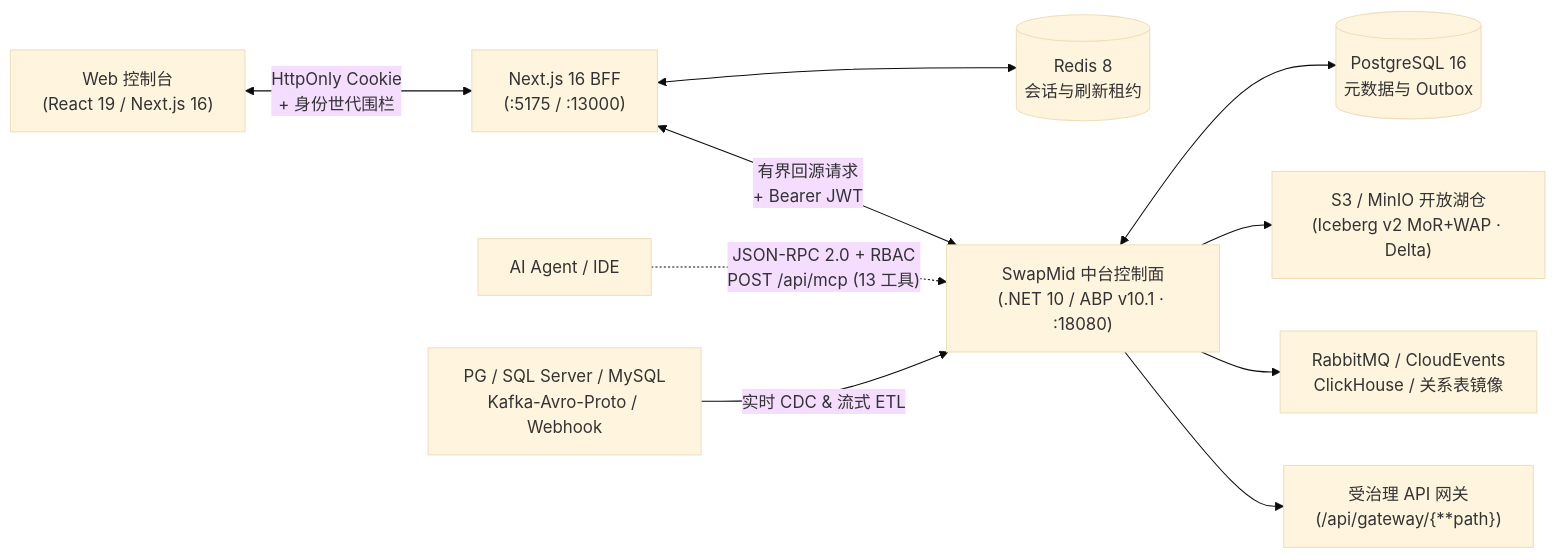
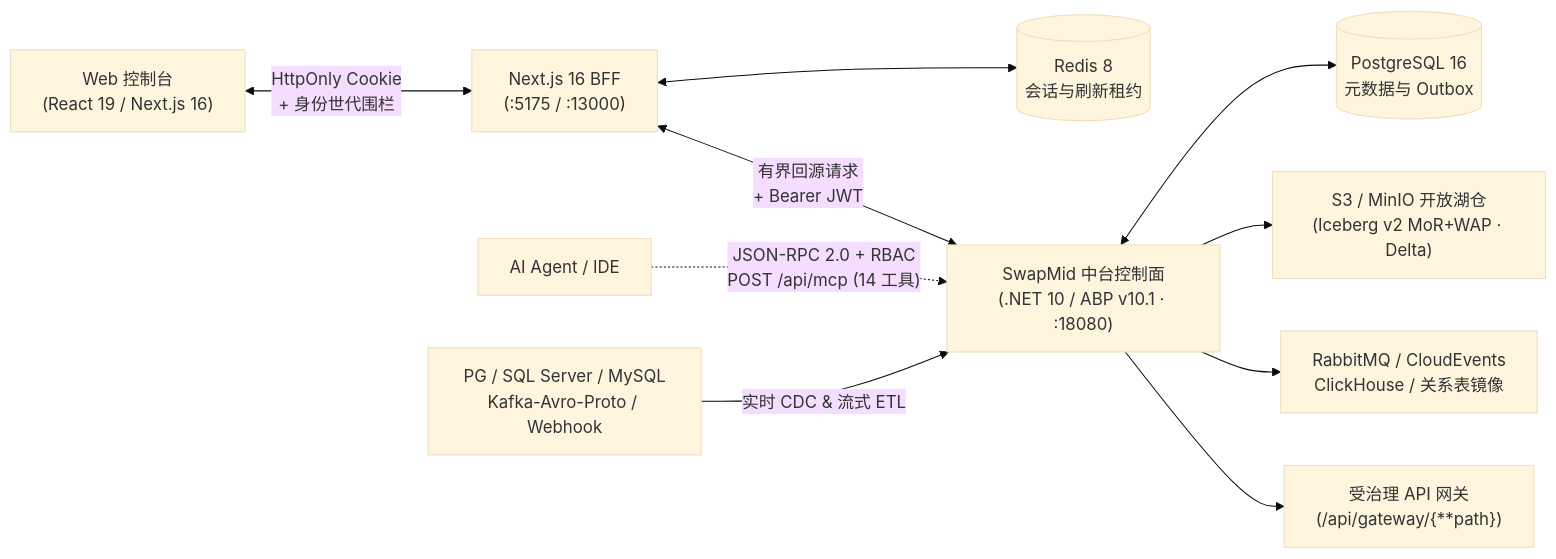
One commit to q871958549/SwapMid changed the diagram in README.zh-CN.md. Above: the diagram before and after it, drawn with Mermaid (base theme). The commit also changed other lines of this file and 56 other files, not shown here.

````diff
--- a/README.zh-CN.md
+++ b/README.zh-CN.md
@@ -31,12 +31,12 @@
 ```mermaid
 flowchart LR
   Browser["Web 控制台\n(React 19 / Next.js 16)"] <-->|"HttpOnly Cookie\n+ 身份世代围栏"| BFF["Next.js 16 BFF\n(:5175 / :13000)"]
   BFF <--> Redis[("Redis 8\n会话与刷新租约")]
   BFF <-->|"有界回源请求\n+ Bearer JWT"| Core["SwapMid 中台控制面\n(.NET 10 / ABP v10.1 · :18080)"]
-  AI["AI Agent / IDE"] -.->|"JSON-RPC 2.0 + RBAC\nPOST /api/mcp (13 工具)"| Core
+  AI["AI Agent / IDE"] -.->|"JSON-RPC 2.0 + RBAC\nPOST /api/mcp (14 工具)"| Core
   Core <--> PG[("PostgreSQL 16\n元数据与 Outbox")]
   Sources["PG / SQL Server / MySQL\nKafka-Avro-Proto / Webhook"] -->|"实时 CDC & 流式 ETL"| Core
   Core --> Lake["S3 / MinIO 开放湖仓\n(Iceberg v2 MoR+WAP · Delta)"]
   Core --> Bus["RabbitMQ / CloudEvents\nClickHouse / 关系表镜像"]
   Core --> Upstreams["受治理 API 网关\n(/api/gateway/{**path})"]
 ```
````
